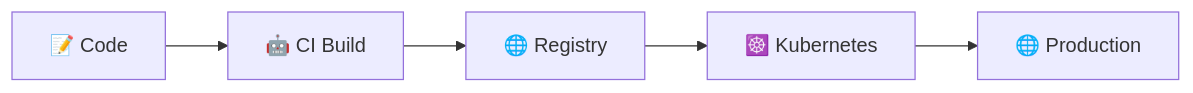
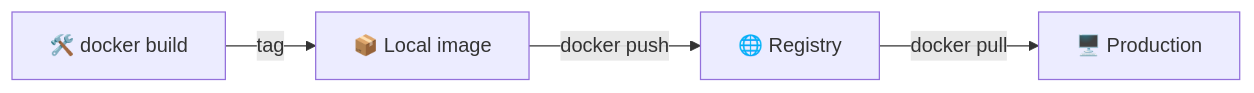
Before and after one commit to inno-devops-labs/DevOps-Core-Course: the seventh of 8 diagrams in lectures/lec2.md, drawn with Mermaid. The commit also changed other lines of this file and 24 other files, not shown here.

````diff
--- a/lectures/lec2.md
+++ b/lectures/lec2.md
@@ -854,7 +364,6 @@
 ```mermaid
 flowchart LR
-  Code[📝 Code] --> CI[🤖 CI Build]
-  CI --> Registry[🌐 Registry]
-  Registry --> K8s[☸️ Kubernetes]
-  K8s --> Prod[🌐 Production]
+  Build[🛠️ docker build] -->|tag| Local[📦 Local image]
+  Local -->|docker push| Registry[🌐 Registry]
+  Registry -->|docker pull| Prod[🖥️ Production]
 ```
````
